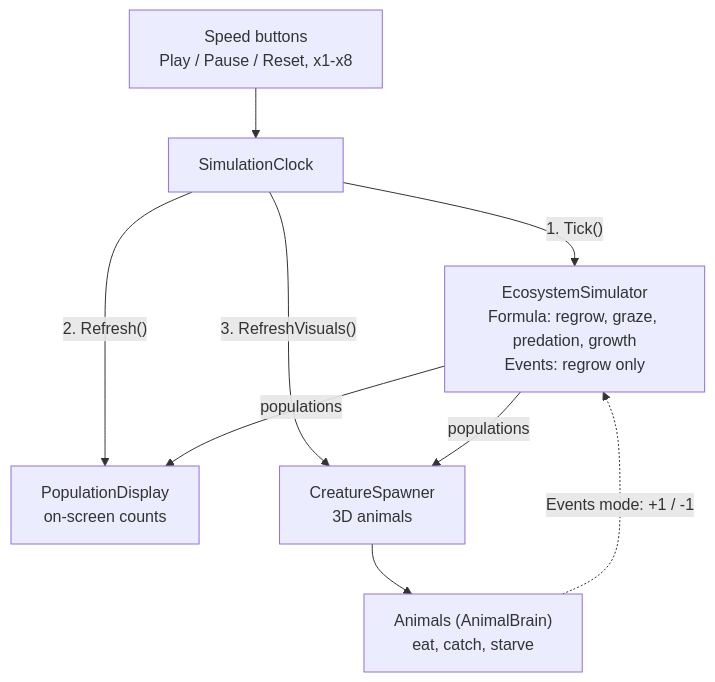
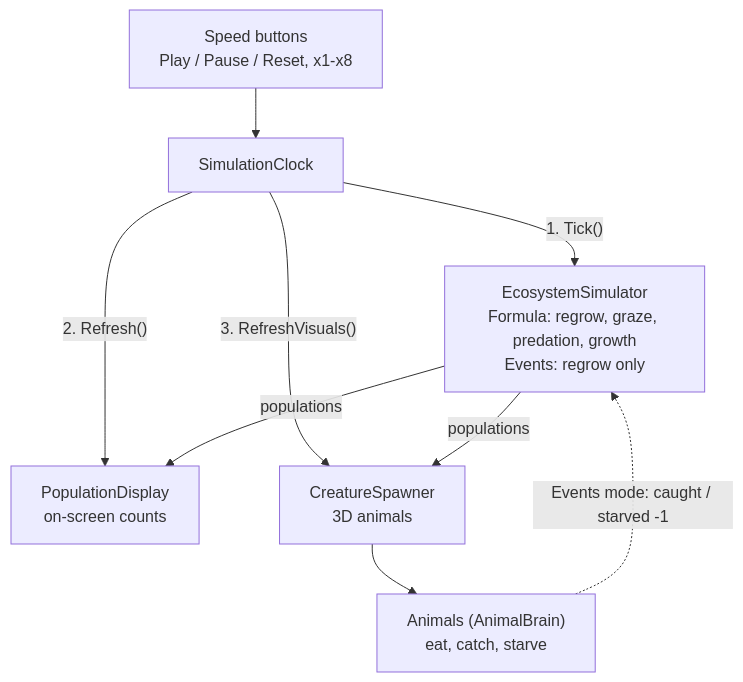
Before and after one commit to Jarrodtan/Project_5_99Bugs: the second of 3 diagrams in docs/architecture.md, drawn with Mermaid. The commit also changed other lines of this file and 2 other files, not shown here.

Commit message:
Events mode: eating no longer spawns animals (no reproduction yet)
RecordEat / RecordPredation only add +1 to the eater when the new
eatingAddsOffspring switch is on (off by default). Tests cover both settings;
architecture.md updated.

````diff
--- a/docs/architecture.md
+++ b/docs/architecture.md
@@ -42,18 +42,18 @@
 ```mermaid
 flowchart TB
     BTN["Speed buttons<br/>Play / Pause / Reset, x1-x8"]
     CLK["SimulationClock"]
     ECO["EcosystemSimulator<br/>Formula: regrow, graze, predation, growth<br/>Events: regrow only"]
     POP["PopulationDisplay<br/>on-screen counts"]
     SPN["CreatureSpawner<br/>3D animals"]
     BRN["Animals (AnimalBrain)<br/>eat, catch, starve"]
 
     BTN --> CLK
     CLK -- "1. Tick()" --> ECO
     CLK -- "2. Refresh()" --> POP
     CLK -- "3. RefreshVisuals()" --> SPN
     ECO -- "populations" --> POP
     ECO -- "populations" --> SPN
     SPN --> BRN
-    BRN -. "Events mode: +1 / -1" .-> ECO
+    BRN -. "Events mode: caught / starved -1" .-> ECO
 ```
````
